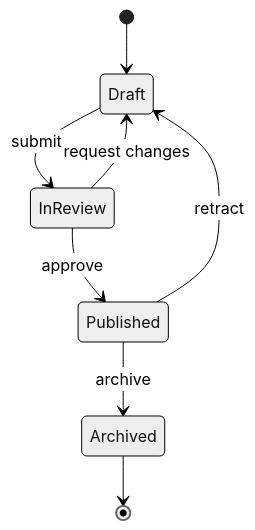
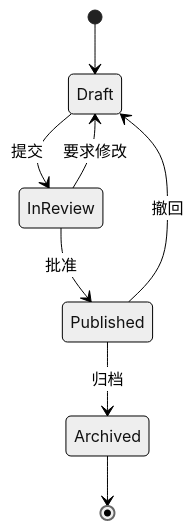
The fifth of 14 diagrams in src/content/posts/markdown-mermaid.md (TTStudio336/tncloud.fun), drawn with Mermaid (neutral theme) before and after one commit. The commit also changed other lines of this file and 43 other files, not shown here.

````diff
--- a/src/content/posts/markdown-mermaid.md
+++ b/src/content/posts/markdown-mermaid.md
@@ -122,12 +122,12 @@
 ```mermaid
 stateDiagram-v2
-    accTitle: Article lifecycle
-    accDescr: An article moves from draft to review and publication. It may return for revision or eventually be archived.
+    accTitle: 文章生命周期
+    accDescr: 文章从草稿进入审核并发布，也可能退回修改，或最终归档。
     [*] --> Draft
-    Draft --> InReview : submit
-    InReview --> Draft : request changes
-    InReview --> Published : approve
-    Published --> Draft : retract
-    Published --> Archived : archive
+    Draft --> InReview : 提交
+    InReview --> Draft : 要求修改
+    InReview --> Published : 批准
+    Published --> Draft : 撤回
+    Published --> Archived : 归档
     Archived --> [*]
 ```
````
